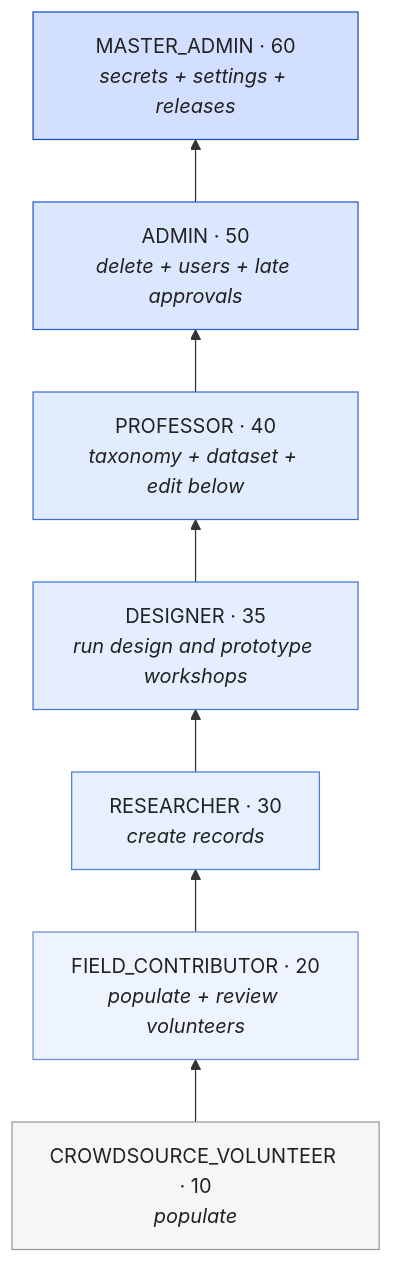
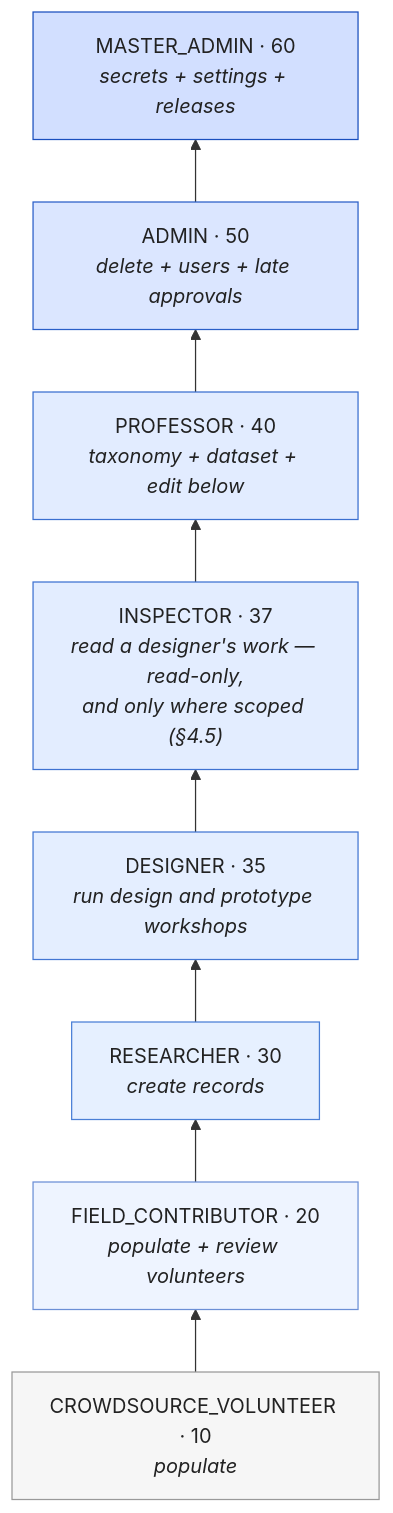
The first of 6 diagrams in docs/PERMISSIONS.md (cxacraftecosystem-ui/designer-portal), drawn with Mermaid before and after one commit. The commit also changed other lines of this file and 500 other files, not shown here.

````diff
--- a/docs/PERMISSIONS.md
+++ b/docs/PERMISSIONS.md
@@ -22,20 +22,22 @@
 ```mermaid
 flowchart BT
   V["CROWDSOURCE_VOLUNTEER · 10<br/><i>populate</i>"]
   F["FIELD_CONTRIBUTOR · 20<br/><i>populate + review volunteers</i>"]
   R["RESEARCHER · 30<br/><i>create records</i>"]
   D["DESIGNER · 35<br/><i>run design and prototype workshops</i>"]
+  I["INSPECTOR · 37<br/><i>read a designer's work — read-only,<br/>and only where scoped (§4.5)</i>"]
   P["PROFESSOR · 40<br/><i>taxonomy + dataset + edit below</i>"]
   A["ADMIN · 50<br/><i>delete + users + late approvals</i>"]
   M["MASTER_ADMIN · 60<br/><i>secrets + settings + releases</i>"]
 
-  V --> F --> R --> D --> P --> A --> M
+  V --> F --> R --> D --> I --> P --> A --> M
 
   style V fill:#f6f6f6,stroke:#999,color:#222
   style F fill:#eef4ff,stroke:#6b8fd6,color:#222
   style R fill:#e6f0ff,stroke:#4a7fd6,color:#222
   style D fill:#e4eeff,stroke:#4276d3,color:#222
+  style I fill:#e3edff,stroke:#3e72d1,color:#222
   style P fill:#e2ecff,stroke:#3a6fd0,color:#222
   style A fill:#dbe6ff,stroke:#2a5fc8,color:#222
   style M fill:#d2dfff,stroke:#1a4fbe,color:#222
 ```
````
